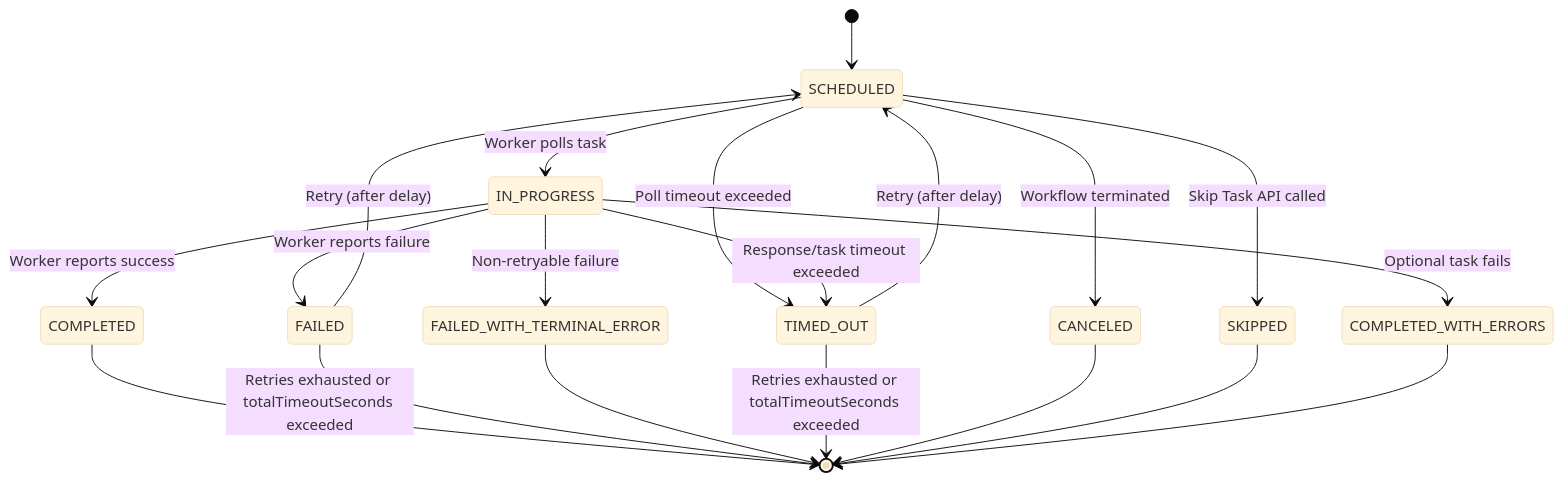
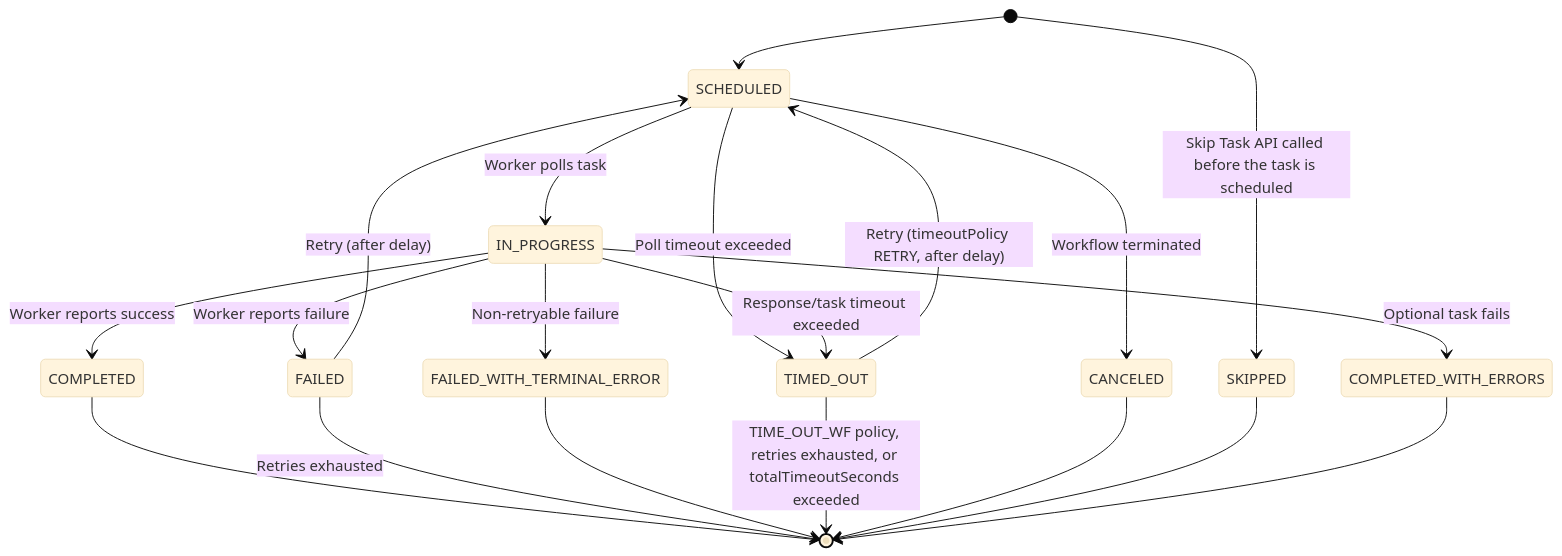
Before and after one commit to conductor-oss/conductor: the first of 6 diagrams in docs/devguide/architecture/tasklifecycle.md, drawn with Mermaid (base theme). The commit also changed other lines of this file and 194 other files, not shown here.

````diff
--- a/docs/devguide/architecture/tasklifecycle.md
+++ b/docs/devguide/architecture/tasklifecycle.md
@@ -13,22 +13,22 @@
 ```mermaid
 stateDiagram-v2
     [*] --> SCHEDULED
     SCHEDULED --> IN_PROGRESS : Worker polls task
     SCHEDULED --> TIMED_OUT : Poll timeout exceeded
     SCHEDULED --> CANCELED : Workflow terminated
     IN_PROGRESS --> COMPLETED : Worker reports success
     IN_PROGRESS --> FAILED : Worker reports failure
     IN_PROGRESS --> FAILED_WITH_TERMINAL_ERROR : Non-retryable failure
     IN_PROGRESS --> TIMED_OUT : Response/task timeout exceeded
     IN_PROGRESS --> COMPLETED_WITH_ERRORS : Optional task fails
-    SCHEDULED --> SKIPPED : Skip Task API called
+    [*] --> SKIPPED : Skip Task API called before the task is scheduled
     FAILED --> SCHEDULED : Retry (after delay)
-    TIMED_OUT --> SCHEDULED : Retry (after delay)
+    TIMED_OUT --> SCHEDULED : Retry (timeoutPolicy RETRY, after delay)
     COMPLETED --> [*]
-    FAILED --> [*] : Retries exhausted or totalTimeoutSeconds exceeded
+    FAILED --> [*] : Retries exhausted
     FAILED_WITH_TERMINAL_ERROR --> [*]
-    TIMED_OUT --> [*] : Retries exhausted or totalTimeoutSeconds exceeded
+    TIMED_OUT --> [*] : TIME_OUT_WF policy, retries exhausted, or totalTimeoutSeconds exceeded
     CANCELED --> [*]
     SKIPPED --> [*]
     COMPLETED_WITH_ERRORS --> [*]
 ```
````
